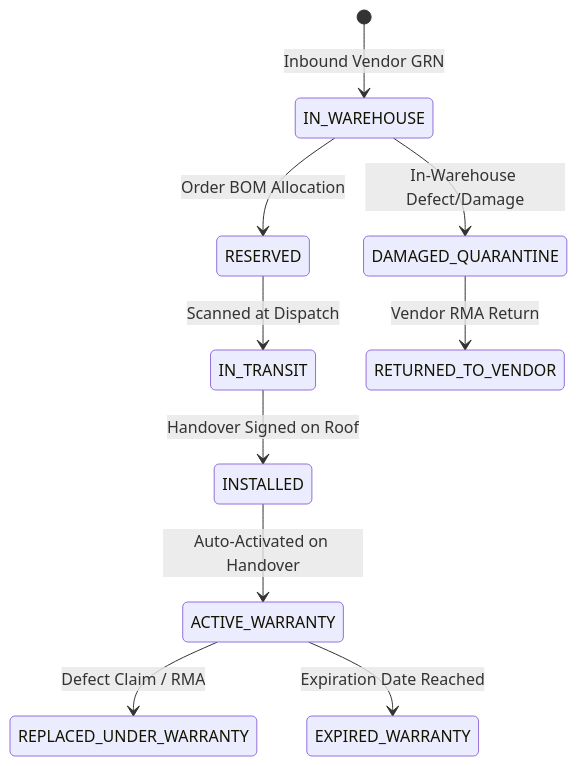
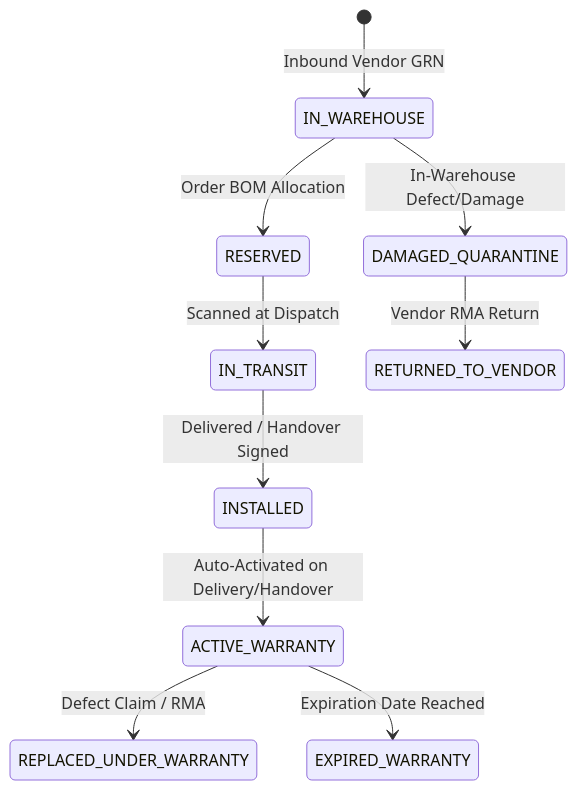
The first of 3 diagrams in docs/contracts/operations.md (rukminiraut412/Solar-Installation-Manegement-System), drawn with Mermaid before and after one commit. The commit also changed other lines of this file, not shown here.

````diff
--- a/docs/contracts/operations.md
+++ b/docs/contracts/operations.md
@@ -148,12 +192,12 @@
 ```mermaid
 stateDiagram-v2
     [*] --> IN_WAREHOUSE: Inbound Vendor GRN
     IN_WAREHOUSE --> RESERVED: Order BOM Allocation
     RESERVED --> IN_TRANSIT: Scanned at Dispatch
-    IN_TRANSIT --> INSTALLED: Handover Signed on Roof
-    INSTALLED --> ACTIVE_WARRANTY: Auto-Activated on Handover
+    IN_TRANSIT --> INSTALLED: Delivered / Handover Signed
+    INSTALLED --> ACTIVE_WARRANTY: Auto-Activated on Delivery/Handover
     ACTIVE_WARRANTY --> REPLACED_UNDER_WARRANTY: Defect Claim / RMA
     ACTIVE_WARRANTY --> EXPIRED_WARRANTY: Expiration Date Reached
     IN_WAREHOUSE --> DAMAGED_QUARANTINE: In-Warehouse Defect/Damage
     DAMAGED_QUARANTINE --> RETURNED_TO_VENDOR: Vendor RMA Return
 ```
````
